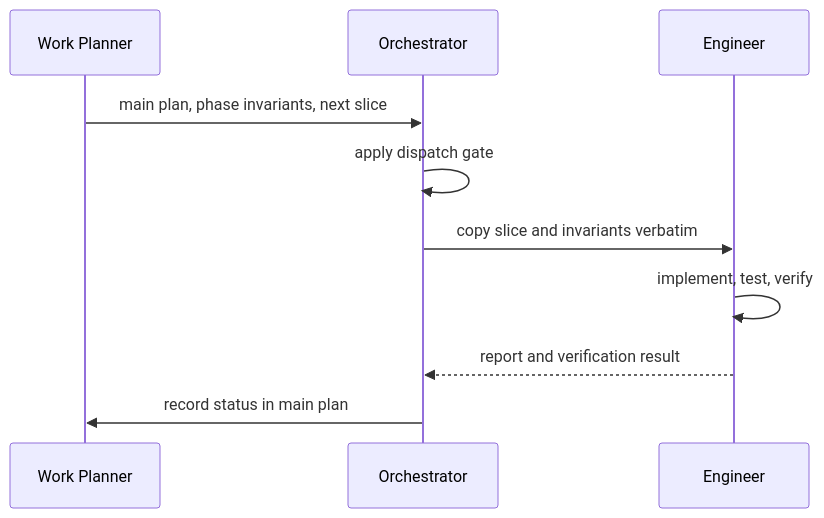
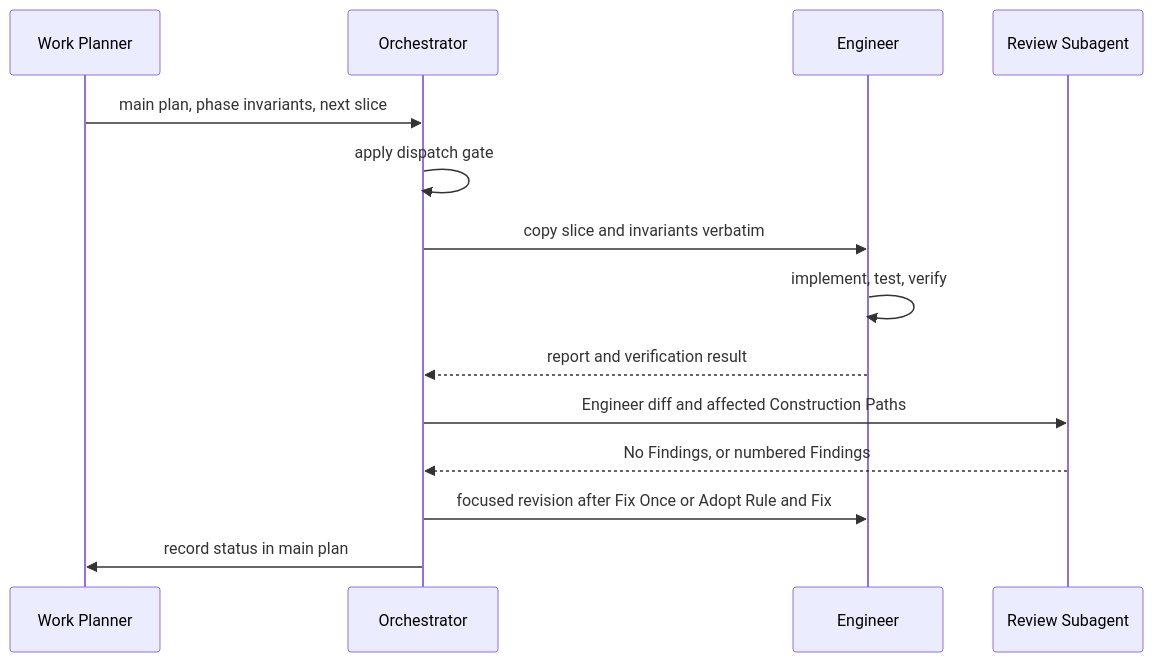
The diagram in docs/agents.md (smikelson75/AI.Workflows), drawn with Mermaid before and after one commit. The commit also changed other lines of this file and 9 other files, not shown here.

Commit message:
feat(review-gate): block completion on review findings

````diff
--- a/docs/agents.md
+++ b/docs/agents.md
@@ -74,12 +82,16 @@
 ```mermaid
 sequenceDiagram
     participant P as Work Planner
     participant O as Orchestrator
     participant C as Engineer
+    participant R as Review Subagent
     P->>O: main plan, phase invariants, next slice
     O->>O: apply dispatch gate
     O->>C: copy slice and invariants verbatim
     C->>C: implement, test, verify
     C-->>O: report and verification result
+    O->>R: Engineer diff and affected Construction Paths
+    R-->>O: No Findings, or numbered Findings
+    O->>C: focused revision after Fix Once or Adopt Rule and Fix
     O->>P: record status in main plan
 ```
````
